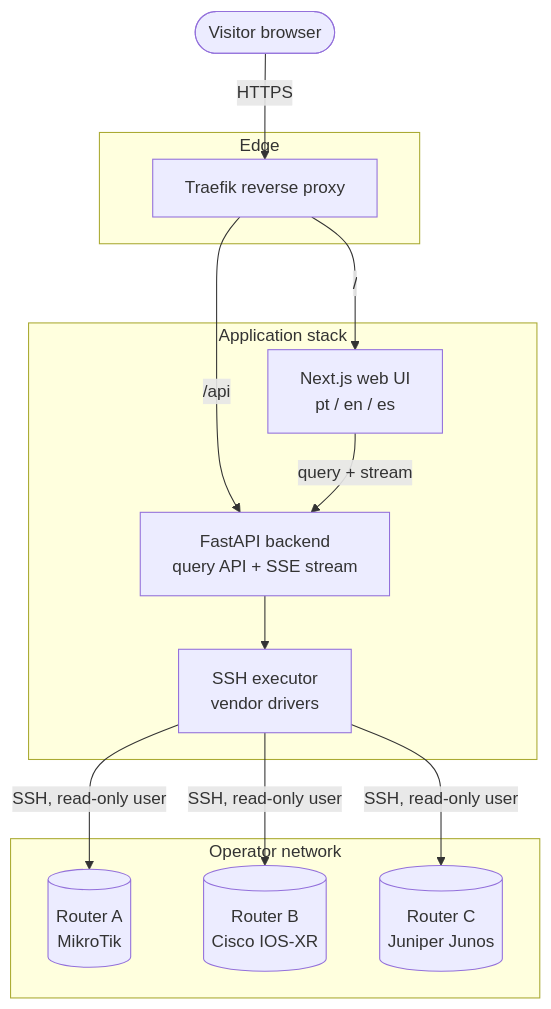
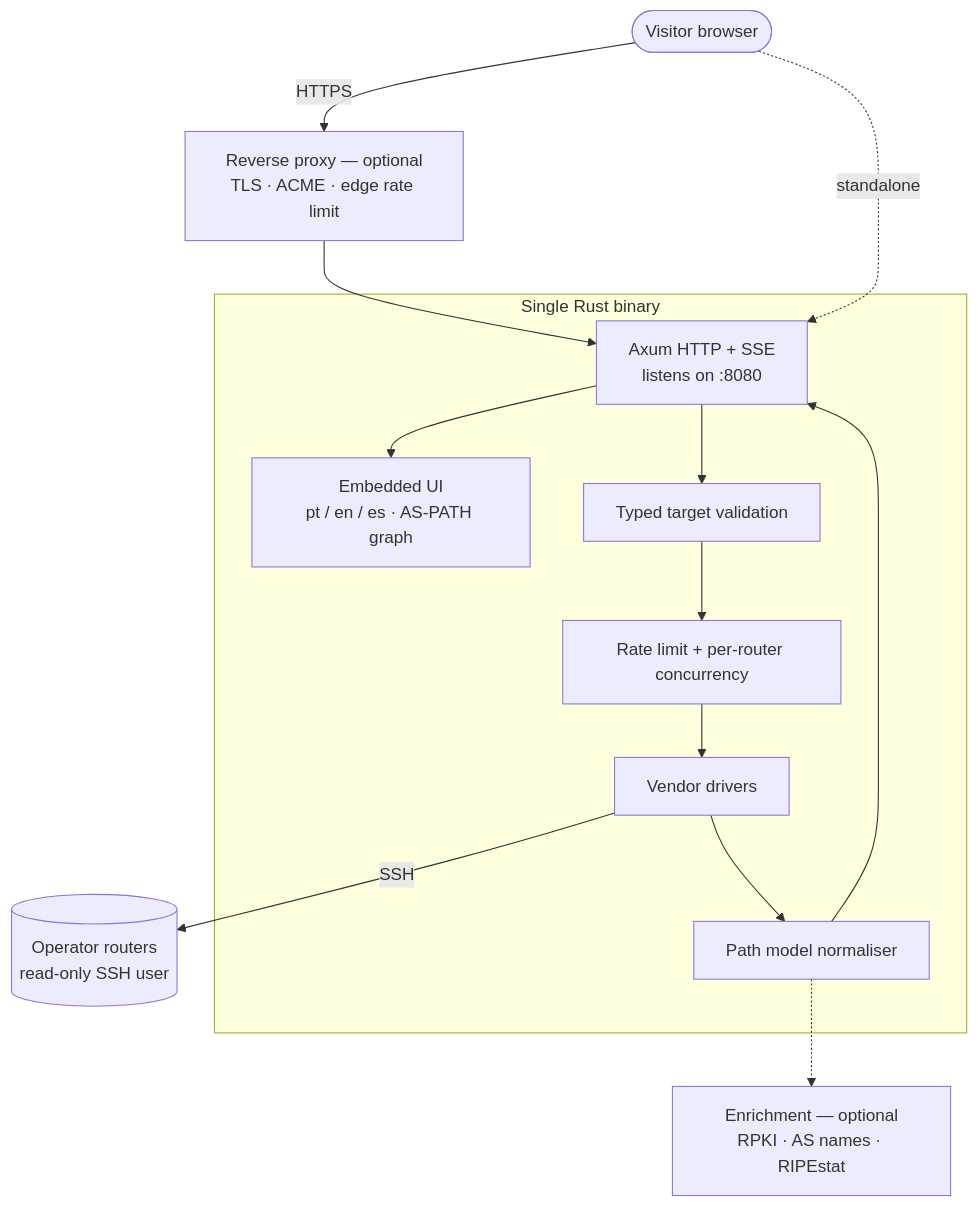
Before and after one commit to andrediashexa/NOGGlass: the diagram in README.md, drawn with Mermaid. The commit also changed other lines of this file and 11 other files, not shown here.

First line of the commit message:
docs(adr): accept the Rust architecture and reconcile the ADR set (#41)

````diff
--- a/README.md
+++ b/README.md
@@ -42,26 +47,25 @@
 ```mermaid
 flowchart TB
     visitor([Visitor browser])
-    subgraph edge [Edge]
-        proxy[Traefik reverse proxy]
-    end
-    subgraph app [Application stack]
-        web[Next.js web UI<br/>pt / en / es]
-        api[FastAPI backend<br/>query API + SSE stream]
-        exec[SSH executor<br/>vendor drivers]
-    end
-    subgraph net [Operator network]
-        r1[(Router A<br/>MikroTik)]
-        r2[(Router B<br/>Cisco IOS-XR)]
-        r3[(Router C<br/>Juniper Junos)]
+    proxy["Reverse proxy — optional<br/>TLS · ACME · edge rate limit"]
+
+    subgraph binary [Single Rust binary]
+        http[Axum HTTP + SSE<br/>listens on :8080]
+        ui[Embedded UI<br/>pt / en / es · AS-PATH graph]
+        valid[Typed target validation]
+        limit[Rate limit + per-router concurrency]
+        drivers[Vendor drivers]
+        norm[Path model normaliser]
     end
 
-    visitor -->|HTTPS| proxy
-    proxy -->|/| web
-    proxy -->|/api| api
-    web -->|query + stream| api
-    api --> exec
-    exec -->|SSH, read-only user| r1
-    exec -->|SSH, read-only user| r2
-    exec -->|SSH, read-only user| r3
+    enrich["Enrichment — optional<br/>RPKI · AS names · RIPEstat"]
+    routers[(Operator routers<br/>read-only SSH user)]
+
+    visitor -->|HTTPS| proxy --> http
+    visitor -.->|standalone| http
+    http --> ui
+    http --> valid --> limit --> drivers
+    drivers -->|SSH| routers
+    drivers --> norm --> http
+    norm -.-> enrich
 ```
````
